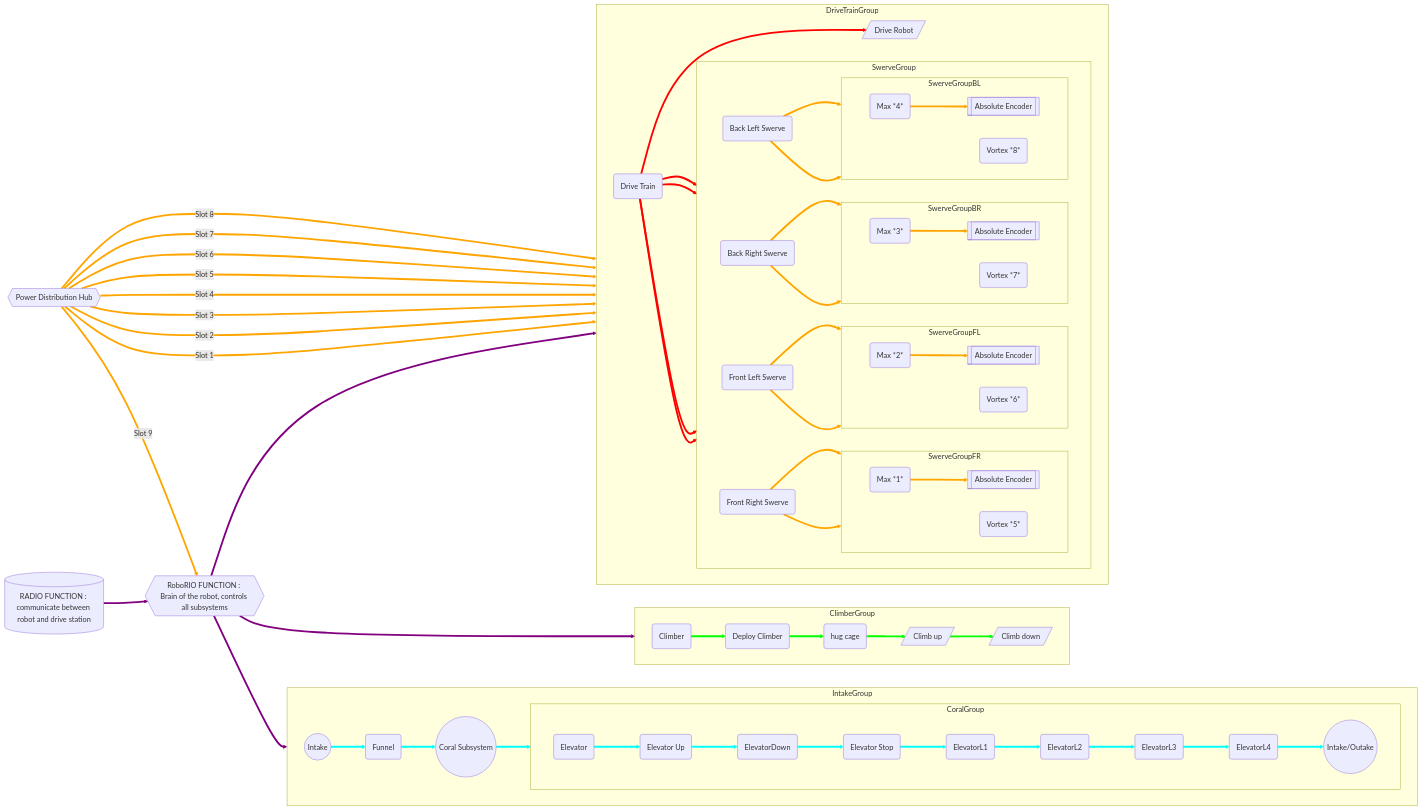
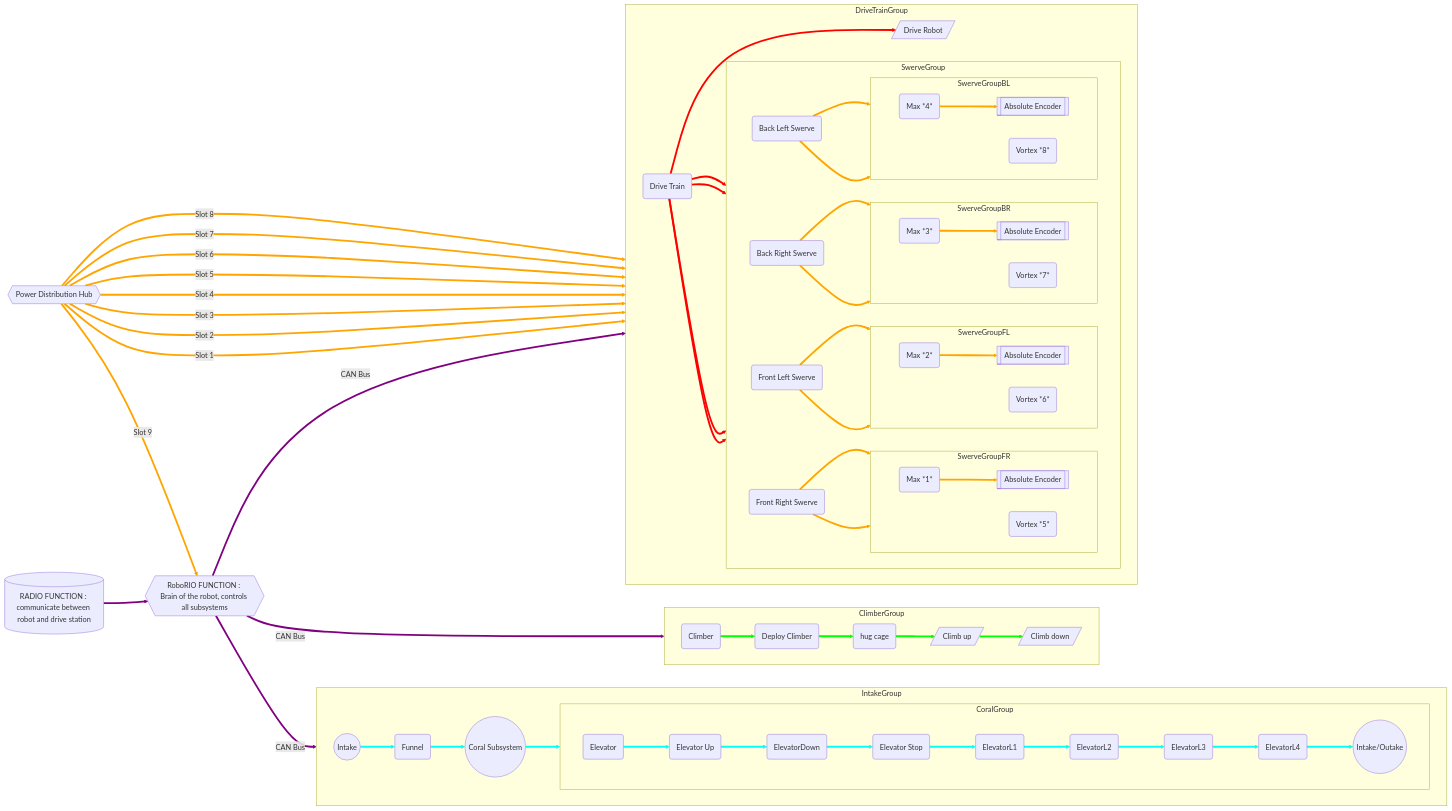
One commit to richardson-area-wide-robotics/FRC25-Reefscape changed the diagram in docs/TonyGraph.md. Above: the diagram before and after it, drawn with Mermaid.

Commit message:
Make it clear that in uses the can bus and isnt just plugged strait in

```diff
--- a/docs/TonyGraph.md
+++ b/docs/TonyGraph.md
@@ -2,8 +2,8 @@
 
 graph LR;
     PDH{{Power Distribution Hub}};
-    RoboRIO==>CoralSubsystem;
-    RoboRIO==>ClimberSystem
+    RoboRIO==>|CAN Bus|CoralSubsystem;
+    RoboRIO==>|CAN Bus|ClimberSystem
 
     subgraph IntakeGroup
         direction LR
@@ -89,7 +89,7 @@
     
 
     RADIO[(RADIO FUNCTION : communicate between robot and drive station)]==>RoboRIO;
-    RoboRIO{{RoboRIO FUNCTION : Brain of the robot, controls all subsystems}}==>DriveTrain;
+    RoboRIO{{RoboRIO FUNCTION : Brain of the robot, controls all subsystems}}==>|CAN Bus|DriveTrain;
     
     PDH==>|Slot 1|MaxFR
     PDH==>|Slot 2|MaxFL
```
